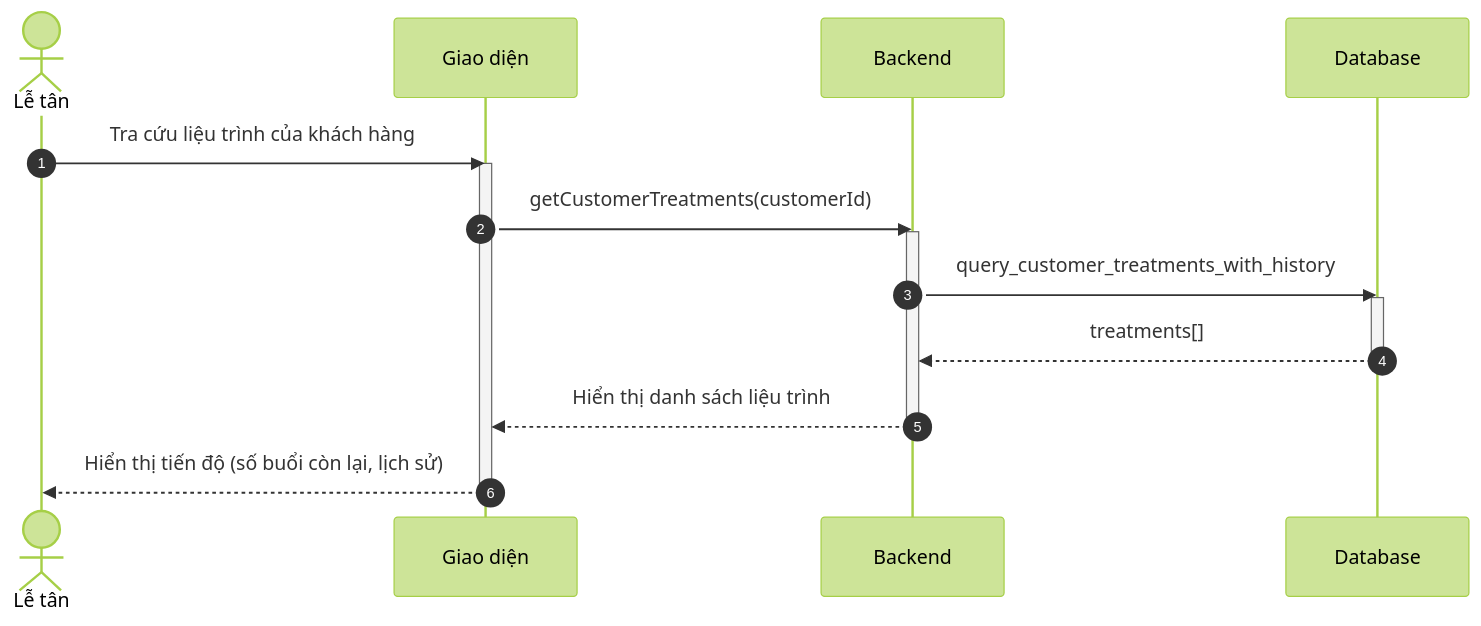
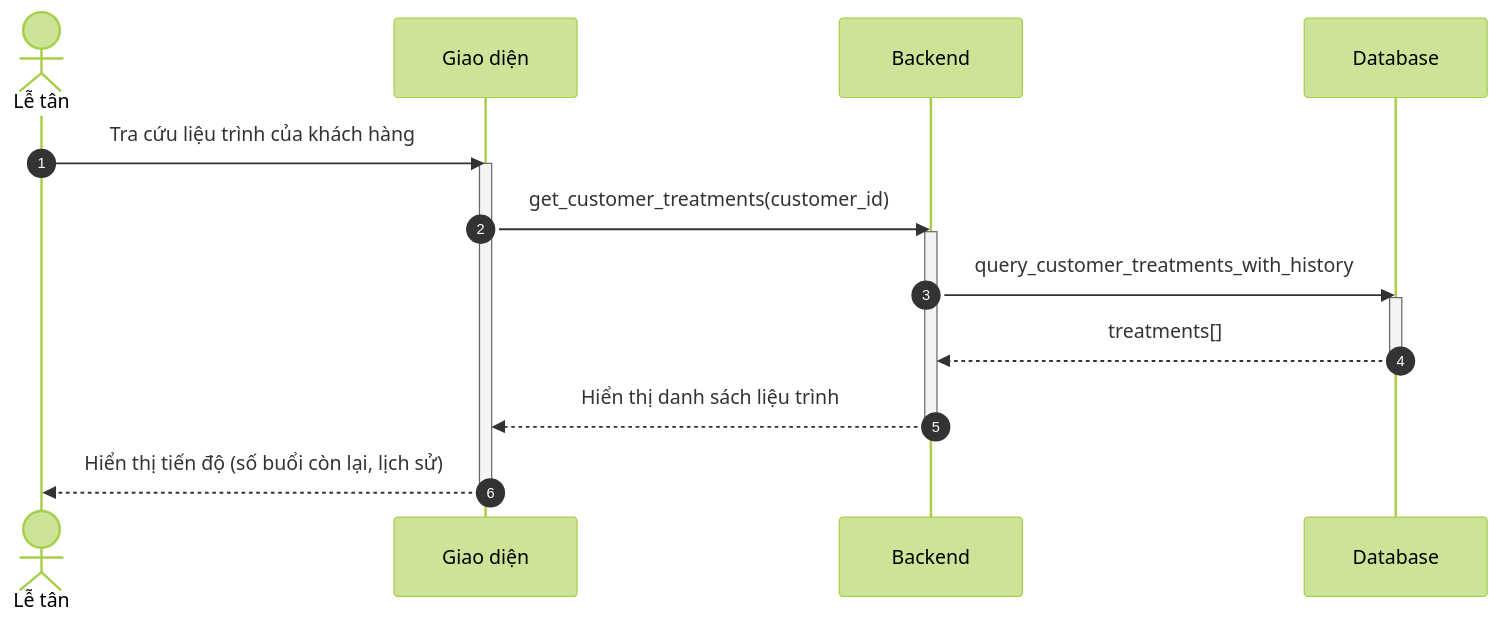
Before and after one commit to ngoctinn/Synapse: the seventh of 8 diagrams in docs/design/sequences/receptionist_flows.md, drawn with Mermaid (forest theme). The commit also changed other lines of this file and 4 other files, not shown here.

Commit message:
docs: Add activity and sequence diagrams for authentication, customer, receptionist, and technician flows.

````diff
--- a/docs/design/sequences/receptionist_flows.md
+++ b/docs/design/sequences/receptionist_flows.md
@@ -254,24 +254,24 @@
 ```mermaid
 sequenceDiagram
     autonumber
     actor LT as Lễ tân
     participant UI as Giao diện
     participant BE as Backend
     participant DB as Database
 
     LT->>UI: Tra cứu liệu trình của khách hàng
     activate UI
-    UI->>BE: getCustomerTreatments(customerId)
+    UI->>BE: get_customer_treatments(customer_id)
     activate BE
 
     BE->>DB: query_customer_treatments_with_history
     activate DB
     DB-->>BE: treatments[]
     deactivate DB
 
     BE-->>UI: Hiển thị danh sách liệu trình
     deactivate BE
 
     UI-->>LT: Hiển thị tiến độ (số buổi còn lại, lịch sử)
     deactivate UI
 ```
````
